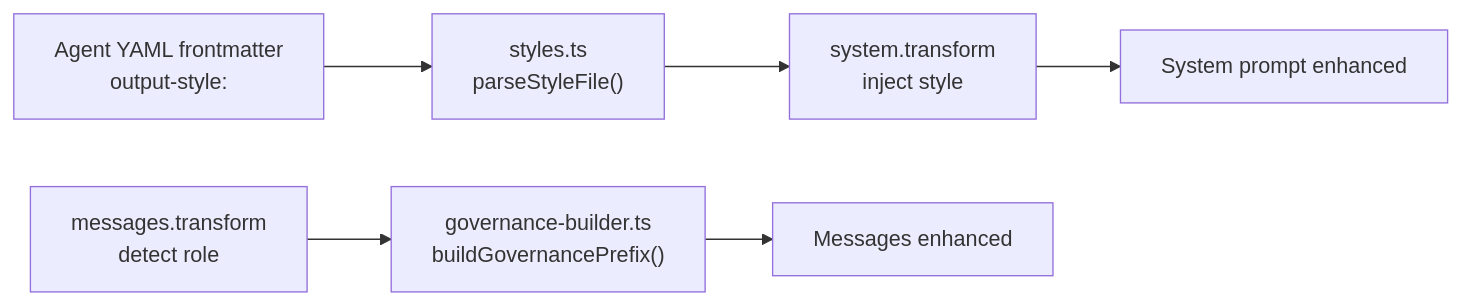
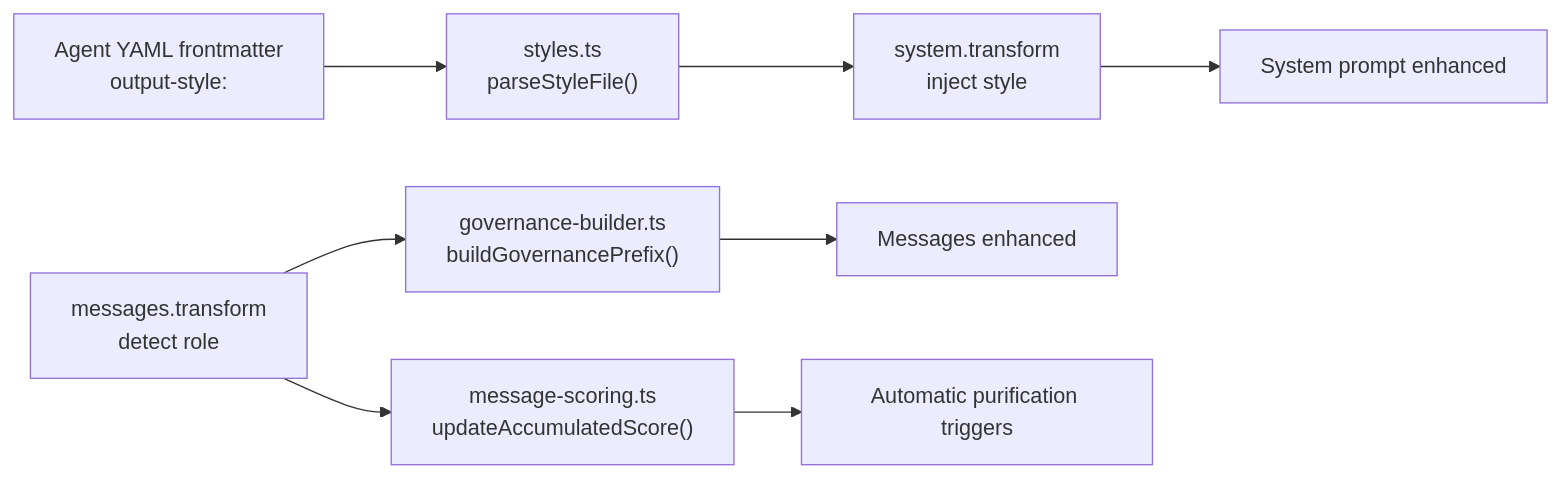
Before and after one commit to shynlee04/idumb-plugin: the ninth of 11 diagrams in .qoder/repowiki/en/content/API Reference/Plugin API/Message Transform Hooks.md, drawn with Mermaid. The commit also changed other lines of this file and 19 other files, not shown here.

````diff
--- a/.qoder/repowiki/en/content/API Reference/Plugin API/Message Transform Hooks.md
+++ b/.qoder/repowiki/en/content/API Reference/Plugin API/Message Transform Hooks.md
@@ -314,8 +456,10 @@
 ```mermaid
 graph LR
 AG["Agent YAML frontmatter<br/>output-style:"] --> ST["styles.ts<br/>parseStyleFile()"]
 ST --> SY["system.transform<br/>inject style"]
 SY --> OUT["System prompt enhanced"]
 MSG["messages.transform<br/>detect role"] --> GOV["governance-builder.ts<br/>buildGovernancePrefix()"]
 GOV --> MSGOUT["Messages enhanced"]
+MSG --> SCORE["message-scoring.ts<br/>updateAccumulatedScore()"]
+SCORE --> PURIFY["Automatic purification triggers"]
 ```
````
